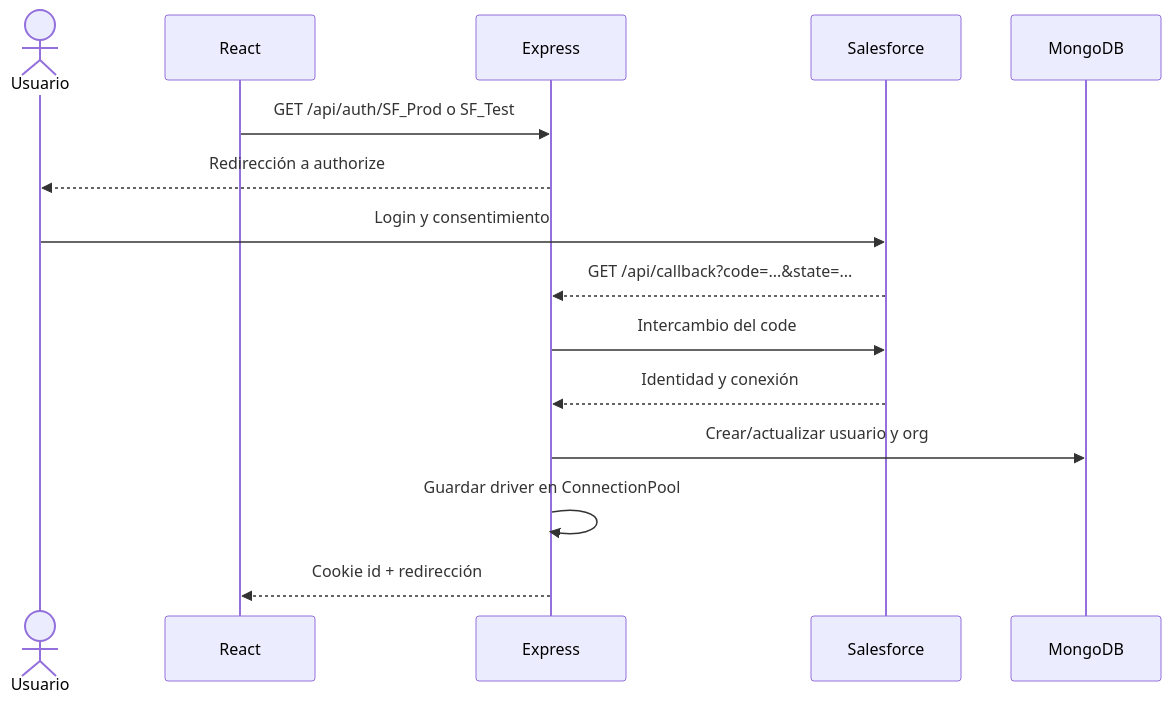
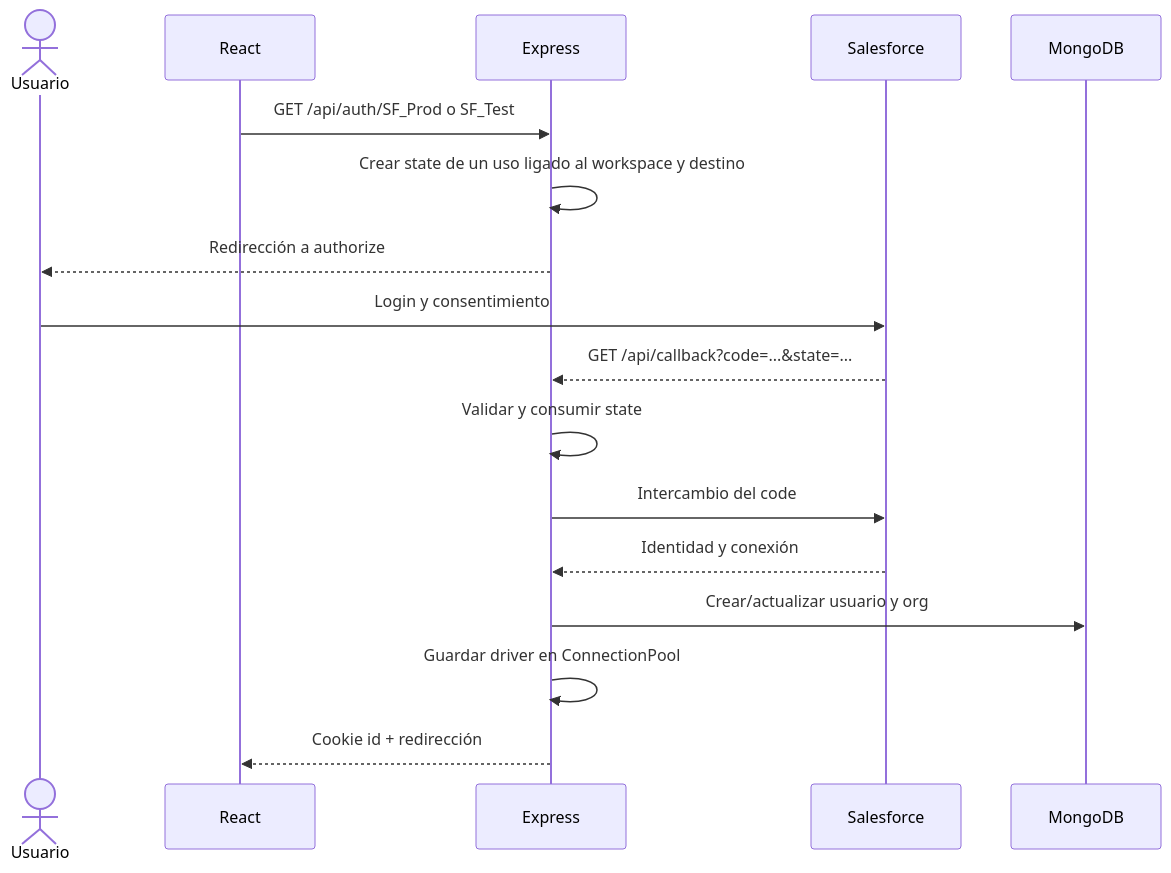
One commit to eBarrero/sfstudio changed the second of 3 diagrams in doc/ARQUITECTURA.md. Above: the diagram before and after it, drawn with Mermaid. The commit also changed other lines of this file and 24 other files, not shown here.

````diff
--- a/doc/ARQUITECTURA.md
+++ b/doc/ARQUITECTURA.md
@@ -179,18 +185,20 @@
 ```mermaid
 sequenceDiagram
     actor User as Usuario
     participant App as React
     participant API as Express
     participant SF as Salesforce
     participant DB as MongoDB
 
     App->>API: GET /api/auth/SF_Prod o SF_Test
+    API->>API: Crear state de un uso ligado al workspace y destino
     API-->>User: Redirección a authorize
     User->>SF: Login y consentimiento
     SF-->>API: GET /api/callback?code=...&state=...
+    API->>API: Validar y consumir state
     API->>SF: Intercambio del code
     SF-->>API: Identidad y conexión
     API->>DB: Crear/actualizar usuario y org
     API->>API: Guardar driver en ConnectionPool
     API-->>App: Cookie id + redirección
 ```
````
